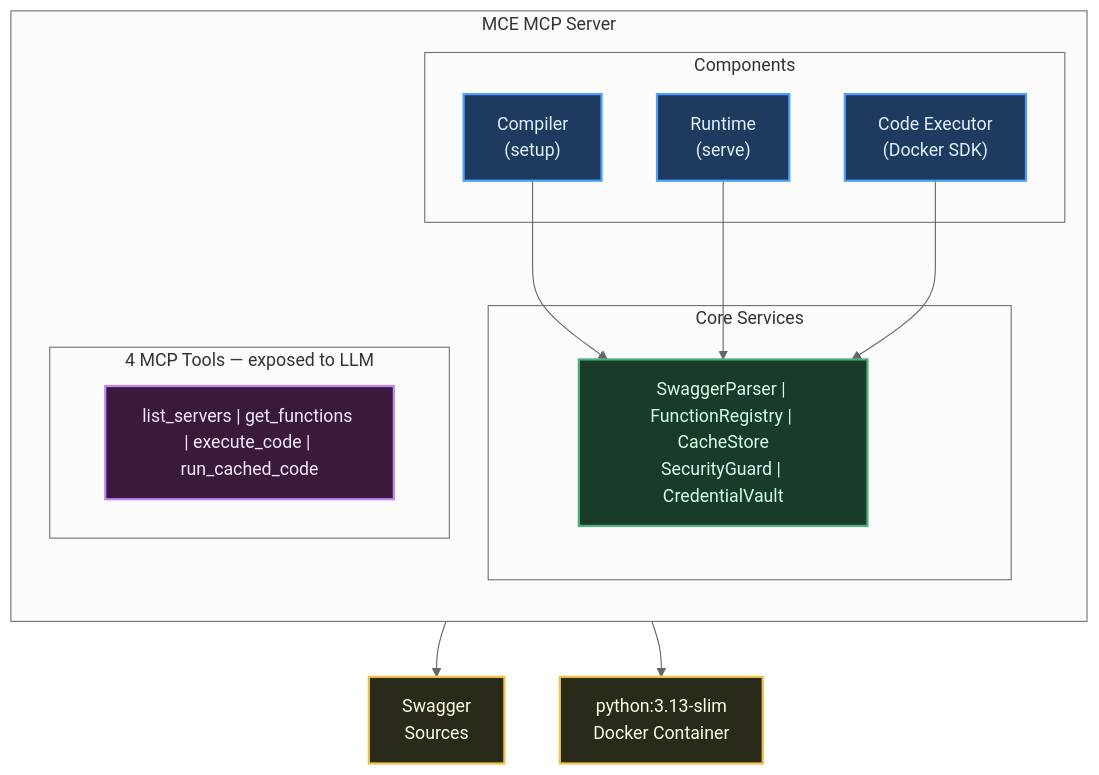
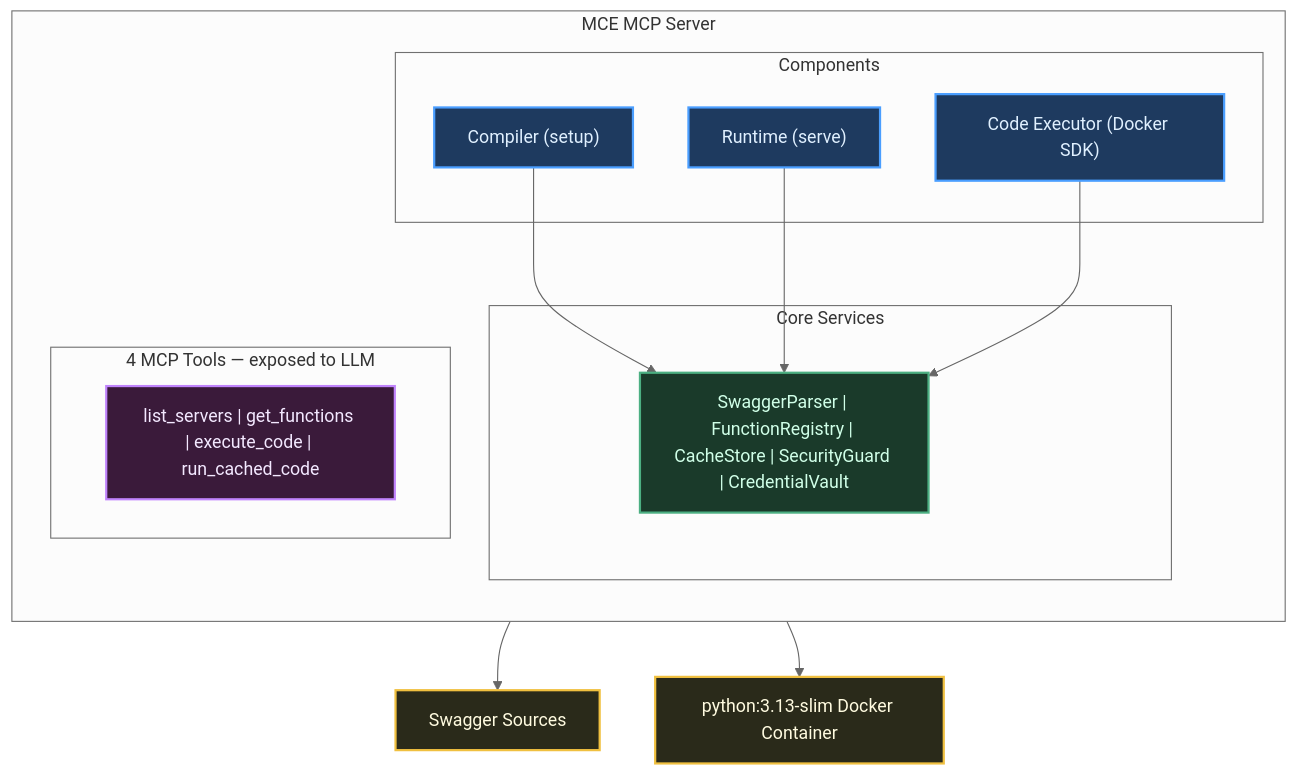
The first of 2 diagrams in README.md (hypen-code/mcp-code-execution), drawn with Mermaid (neutral theme) before and after one commit. The commit also changed other lines of this file, not shown here.

Commit message:
docs: improve Mermaid diagram labels and flow descriptions in README for better readability.

````diff
--- a/README.md
+++ b/README.md
@@ -32,31 +32,31 @@
 ```mermaid
 flowchart TB
     classDef component fill:#1e3a5f,stroke:#4a9eff,stroke-width:2px,color:#e0f0ff
     classDef core     fill:#1a3a2a,stroke:#4caf82,stroke-width:2px,color:#d0ffe8
     classDef tools    fill:#3a1a3a,stroke:#c084fc,stroke-width:2px,color:#f3e8ff
     classDef external fill:#2a2a1a,stroke:#f0c040,stroke-width:2px,color:#fffbe0
 
     subgraph MCE["MCE MCP Server"]
         direction TB
         subgraph Components["Components"]
-            Compiler["Compiler\n(setup)"]:::component
-            Runtime["Runtime\n(serve)"]:::component
-            Executor["Code Executor\n(Docker SDK)"]:::component
+            Compiler["Compiler (setup)"]:::component
+            Runtime["Runtime (serve)"]:::component
+            Executor["Code Executor (Docker SDK)"]:::component
         end
 
         subgraph Core["Core Services"]
-            CS["SwaggerParser | FunctionRegistry | CacheStore\nSecurityGuard | CredentialVault"]:::core
+            CS["SwaggerParser | FunctionRegistry | CacheStore | SecurityGuard | CredentialVault"]:::core
         end
 
         subgraph Tools["4 MCP Tools — exposed to LLM"]
             T["list_servers | get_functions | execute_code | run_cached_code"]:::tools
         end
 
         Compiler --> CS
         Runtime  --> CS
         Executor --> CS
     end
 
-    MCE --> Swagger["Swagger\nSources"]:::external
-    MCE --> Docker["python:3.13-slim\nDocker Container"]:::external
+    MCE --> Swagger["Swagger Sources"]:::external
+    MCE --> Docker["python:3.13-slim Docker Container"]:::external
 ```
````
